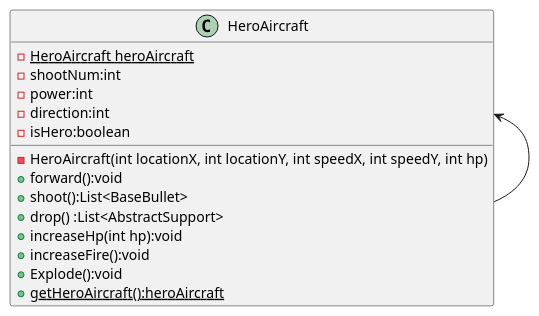
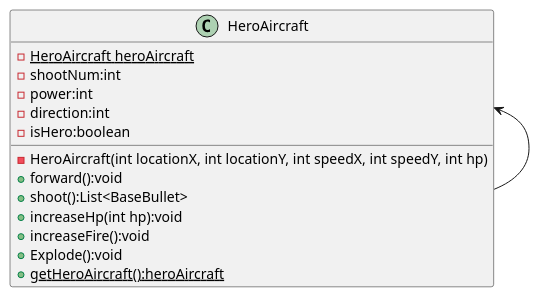
The diagram in uml/SimpleExample.puml (hazuki-nana/COMP2027), drawn with PlantUML before and after one commit. The commit also changed 14 other files, not shown here.

```diff
--- a/uml/SimpleExample.puml
+++ b/uml/SimpleExample.puml
@@ -1,19 +1,18 @@
 @startuml
 class HeroAircraft {
     - {static}HeroAircraft heroAircraft
     - shootNum:int
     - power:int
     - direction:int
     - HeroAircraft(int locationX, int locationY, int speedX, int speedY, int hp)
     - isHero:boolean
     + forward():void
     + shoot():List<BaseBullet>
-    + drop() :List<AbstractSupport>
     + increaseHp(int hp):void
     + increaseFire():void
     + Explode():void
     + {static}getHeroAircraft():heroAircraft
 }
 HeroAircraft <-- HeroAircraft
 
 @enduml
```
